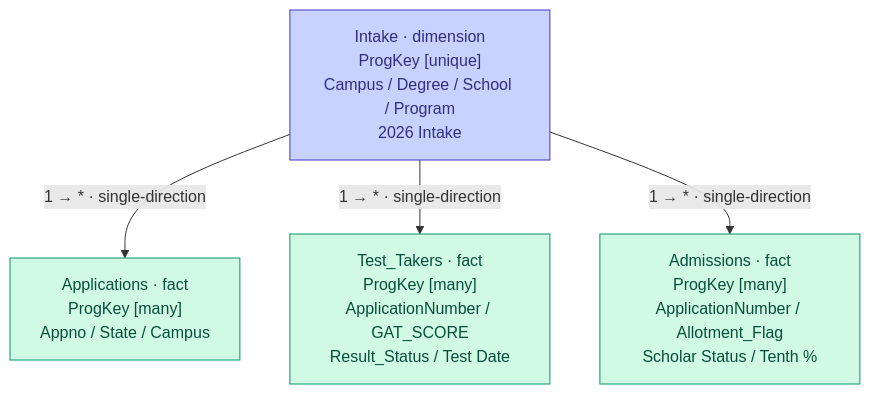
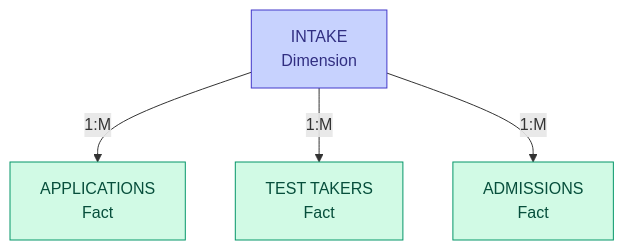
Before and after one commit to PRIYANKALENKA07/GITAM-Admissions-Analytics: the second of 3 diagrams in README.md, drawn with Mermaid. The commit also changed other lines of this file, not shown here.

````diff
--- a/README.md
+++ b/README.md
@@ -103,14 +175,18 @@
 ```mermaid
 flowchart TB
-    I["Intake · dimension<br/>ProgKey [unique]<br/>Campus / Degree / School / Program<br/>2026 Intake"]
-    A["Applications · fact<br/>ProgKey [many]<br/>Appno / State / Campus"]
-    T["Test_Takers · fact<br/>ProgKey [many]<br/>ApplicationNumber / GAT_SCORE<br/>Result_Status / Test Date"]
-    D["Admissions · fact<br/>ProgKey [many]<br/>ApplicationNumber / Allotment_Flag<br/>Scholar Status / Tenth %"]
-    I -->|"1 → * · single-direction"| A
-    I -->|"1 → * · single-direction"| T
-    I -->|"1 → * · single-direction"| D
-    classDef dim fill:#c7d2fe,stroke:#4338ca,color:#312e81;
-    classDef fact fill:#d1fae5,stroke:#059669,color:#064e3b;
-    class I dim;
-    class A,T,D fact;
+    I["INTAKE<br/>Dimension"]
+
+    A["APPLICATIONS<br/>Fact"]
+    T["TEST TAKERS<br/>Fact"]
+    D["ADMISSIONS<br/>Fact"]
+
+    I -->|"1:M"| A
+    I -->|"1:M"| T
+    I -->|"1:M"| D
+
+    classDef dim fill:#C7D2FE,stroke:#4338CA,color:#312E81
+    classDef fact fill:#D1FAE5,stroke:#059669,color:#064E3B
+
+    class I dim
+    class A,T,D fact
 ```
````
